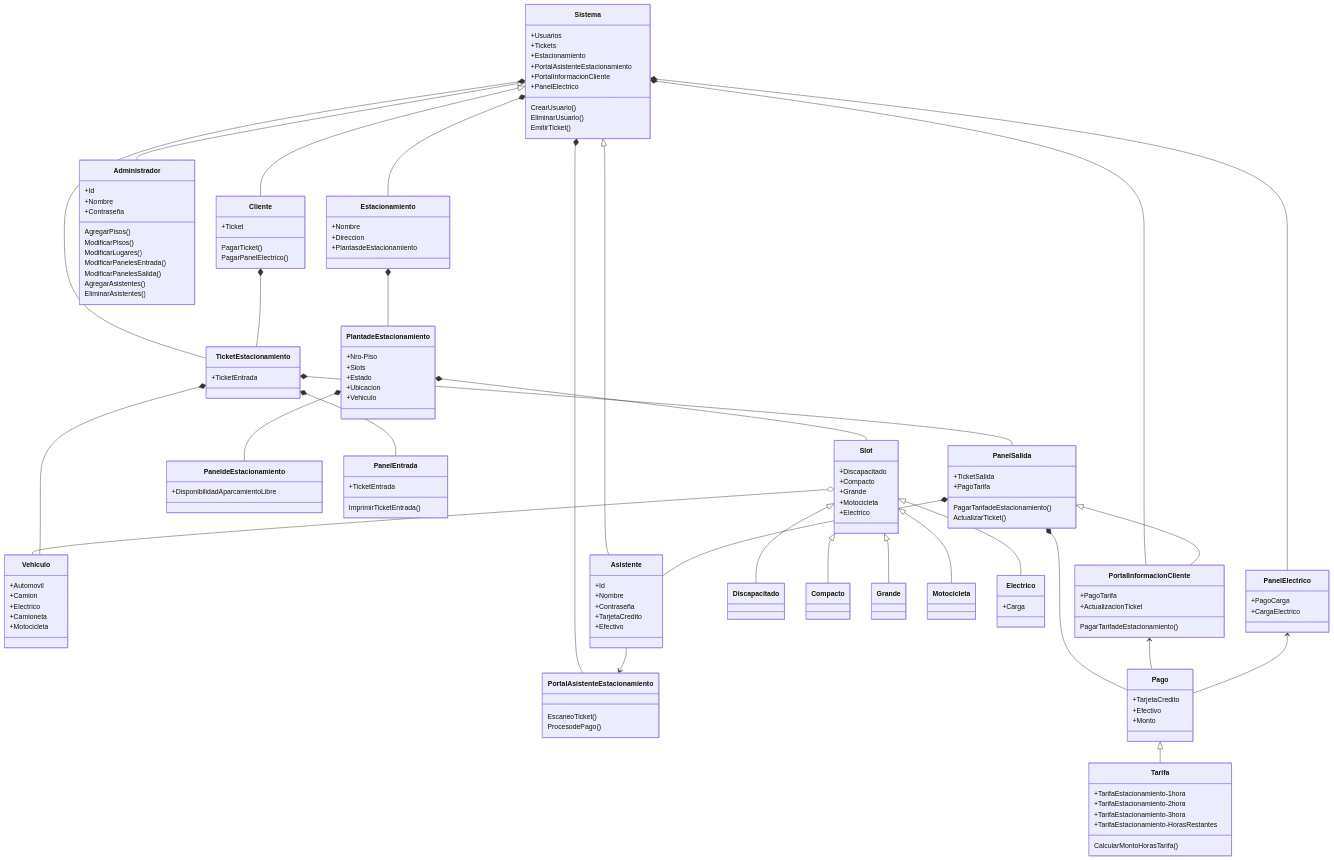
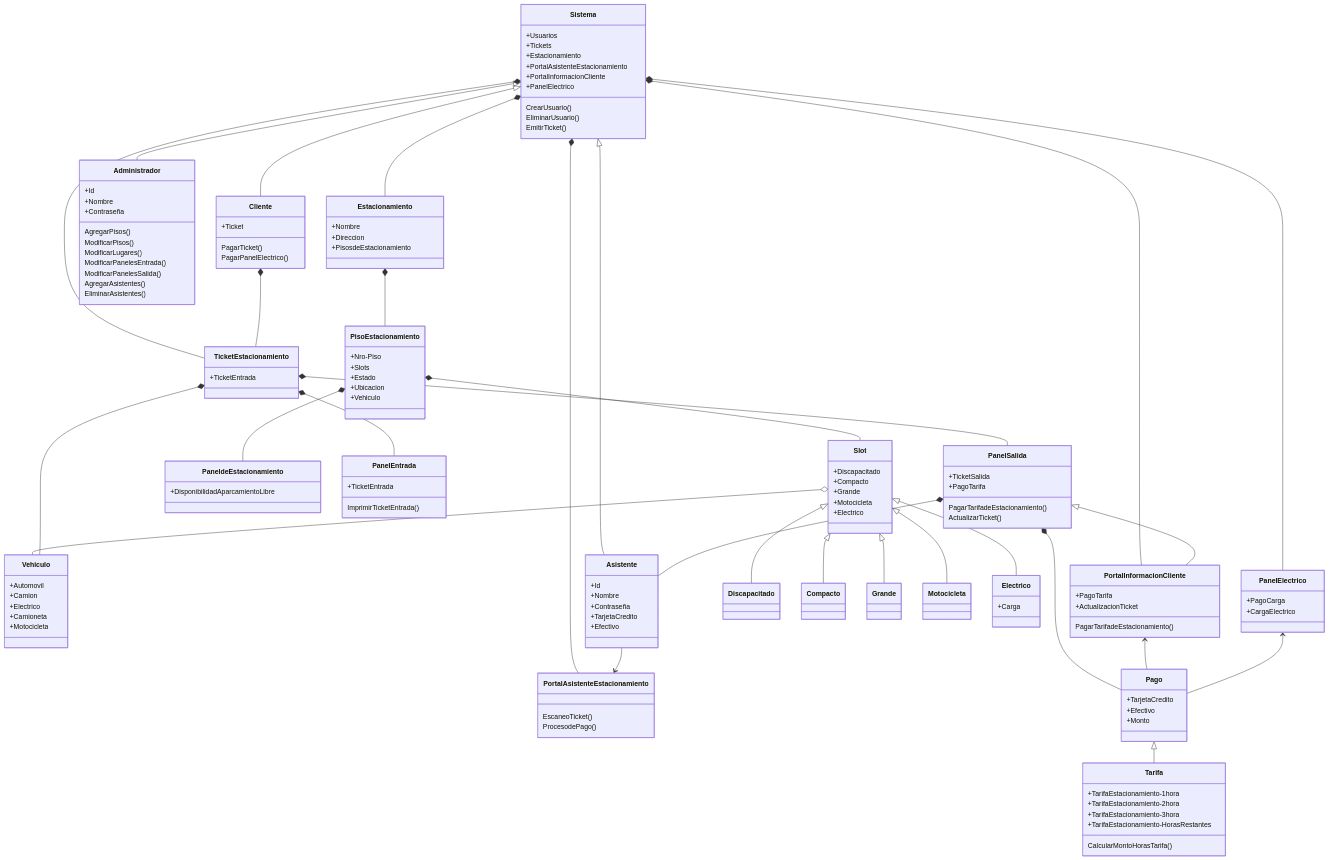
One commit to 09MauroID/Estacionamiento changed the diagram in doc/diagrama.mmd. Above: the diagram before and after it, drawn with Mermaid.

```diff
--- a/doc/diagrama.mmd
+++ b/doc/diagrama.mmd
@@ -1,152 +1,152 @@
 classDiagram
-    Estacionamiento *-- PlantadeEstacionamiento
-    PlantadeEstacionamiento *-- Slot
+    Estacionamiento *-- PisoEstacionamiento
+    PisoEstacionamiento *-- Slot
     Slot o-- Vehiculo
-    PlantadeEstacionamiento *-- PaneldeEstacionamiento
+    PisoEstacionamiento *-- PaneldeEstacionamiento
     
     Sistema *-- Estacionamiento
     Sistema *-- TicketEstacionamiento
     Sistema *-- PortalAsistenteEstacionamiento
     Sistema *-- PortalInformacionCliente
     Sistema *-- PanelElectrico
 
     Slot <|-- Discapacitado
     Slot <|-- Compacto
     Slot <|-- Grande
     Slot <|-- Motocicleta
     Slot <|-- Electrico
     
     Sistema <|-- Administrador
     Sistema <|-- Cliente
     Sistema <|-- Asistente
     
     Asistente --> PortalAsistenteEstacionamiento
 
     Cliente *-- TicketEstacionamiento
 
     TicketEstacionamiento *-- PanelEntrada
     TicketEstacionamiento *-- PanelSalida
     TicketEstacionamiento *-- Vehiculo
 
     PanelSalida *-- Asistente
     PanelSalida *-- Pago
     PanelSalida <|-- PortalInformacionCliente    
 
     PortalInformacionCliente <-- Pago
 
     PanelElectrico <-- Pago
 
     Pago <|-- Tarifa
 
     class Sistema
     Sistema: +Usuarios
     Sistema: +Tickets
     Sistema: +Estacionamiento
     Sistema: +PortalAsistenteEstacionamiento
     Sistema: +PortalInformacionCliente
     Sistema: +PanelElectrico
     Sistema: CrearUsuario()
     Sistema: EliminarUsuario()
     Sistema: EmitirTicket()
 
     class Estacionamiento
     Estacionamiento: +Nombre
     Estacionamiento: +Direccion
-    Estacionamiento: +PlantasdeEstacionamiento
+    Estacionamiento: +PisosdeEstacionamiento
 
-    class PlantadeEstacionamiento
-    PlantadeEstacionamiento: +Nro-Piso
-    PlantadeEstacionamiento: +Slots
-    PlantadeEstacionamiento: +Estado
-    PlantadeEstacionamiento: +Ubicacion
-    PlantadeEstacionamiento: +Vehiculo
+    class PisoEstacionamiento
+    PisoEstacionamiento: +Nro-Piso
+    PisoEstacionamiento: +Slots
+    PisoEstacionamiento: +Estado
+    PisoEstacionamiento: +Ubicacion
+    PisoEstacionamiento: +Vehiculo
 
     class Slot
     Slot: +Discapacitado
     Slot: +Compacto
     Slot: +Grande
     Slot: +Motocicleta
     Slot: +Electrico
     
     class Discapacitado
 
     class Compacto
     
     class Grande
     
     class Motocicleta
     
     class Electrico
     Electrico: +Carga
 
     class Vehiculo
     Vehiculo: +Automovil
     Vehiculo: +Camion
     Vehiculo: +Electrico
     Vehiculo: +Camioneta
     Vehiculo: +Motocicleta
 
     class Administrador
     Administrador: +Id
     Administrador: +Nombre
     Administrador: +Contraseña
     Administrador: AgregarPisos()
     Administrador: ModificarPisos()
     Administrador: ModificarLugares()
     Administrador: ModificarPanelesEntrada()
     Administrador: ModificarPanelesSalida()
     Administrador: AgregarAsistentes()
     Administrador: EliminarAsistentes()
 
     class Asistente
     Asistente: +Id
     Asistente: +Nombre
     Asistente: +Contraseña
     Asistente: +TarjetaCredito
     Asistente: +Efectivo
     
     class Cliente
     Cliente: +Ticket
     Cliente: PagarTicket()
     Cliente: PagarPanelElectrico()
 
     class TicketEstacionamiento
     TicketEstacionamiento: +TicketEntrada
 
     class PanelEntrada
     PanelEntrada: +TicketEntrada
     PanelEntrada: ImprimirTicketEntrada()
 
     class PanelSalida
     PanelSalida: +TicketSalida
     PanelSalida: +PagoTarifa
     PanelSalida: PagarTarifadeEstacionamiento()
     PanelSalida: ActualizarTicket()
 
     class Pago
     Pago: +TarjetaCredito
     Pago: +Efectivo
     Pago: +Monto
 
     class Tarifa
     Tarifa: +TarifaEstacionamiento-1hora
     Tarifa: +TarifaEstacionamiento-2hora
     Tarifa: +TarifaEstacionamiento-3hora
     Tarifa: +TarifaEstacionamiento-HorasRestantes
     Tarifa: CalcularMontoHorasTarifa()
 
     class PaneldeEstacionamiento
     PaneldeEstacionamiento: +DisponibilidadAparcamientoLibre
 
     class PortalAsistenteEstacionamiento
     PortalAsistenteEstacionamiento: EscaneoTicket()
     PortalAsistenteEstacionamiento: ProcesodePago()
 
     class PortalInformacionCliente
     PortalInformacionCliente: +PagoTarifa
     PortalInformacionCliente: +ActualizacionTicket
     PortalInformacionCliente: PagarTarifadeEstacionamiento()
 
     class PanelElectrico
     PanelElectrico: +PagoCarga
     PanelElectrico: +CargaElectrico
```
